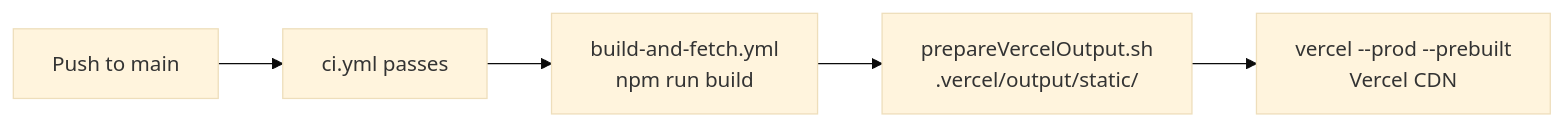
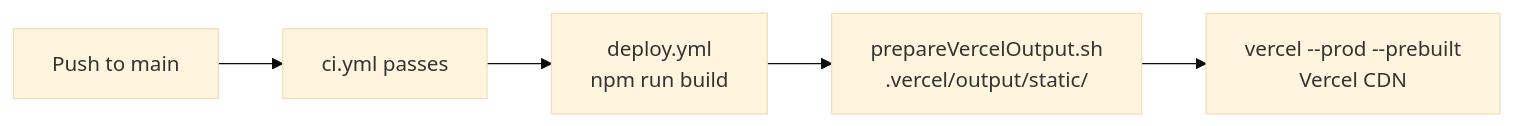
Before and after one commit to Keglev/my-portfolio: the diagram in docs/DEPLOY.md, drawn with Mermaid (base theme). The commit also changed other lines of this file and 8 other files, not shown here.

````diff
--- a/docs/DEPLOY.md
+++ b/docs/DEPLOY.md
@@ -40,7 +40,7 @@
 ```mermaid
 flowchart LR
     A[Push to main] --> B[ci.yml passes]
-    B --> C[build-and-fetch.yml\nnpm run build]
+    B --> C[deploy.yml\nnpm run build]
     C --> D[prepareVercelOutput.sh\n.vercel/output/static/]
     D --> E[vercel --prod --prebuilt\nVercel CDN]
 ```
````
